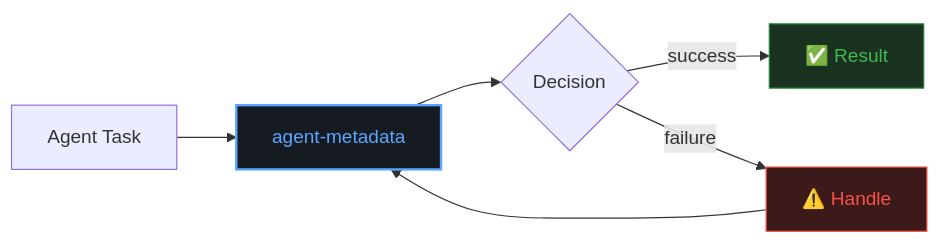
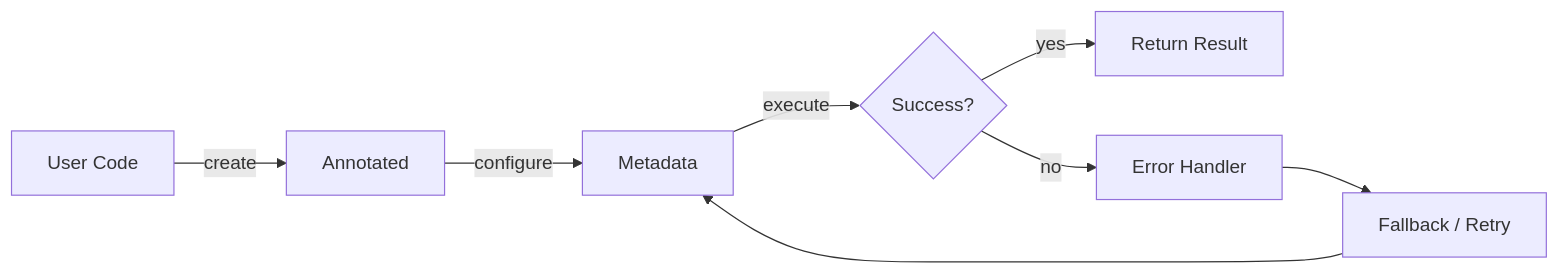
The first of 2 diagrams in README.md (darshjme/agent-metadata), drawn with Mermaid before and after one commit. The commit also changed other lines of this file and 1 other file, not shown here.

````diff
--- a/README.md
+++ b/README.md
@@ -59,12 +71,10 @@
 ```mermaid
 flowchart LR
-    A[Agent Task] --> B[agent-metadata]
-    B --> C{Decision}
-    C -->|success| D[✅ Result]
-    C -->|failure| E[⚠️ Handle]
-    E --> B
-
-    style B fill:#161b22,stroke:#58a6ff,stroke-width:2,color:#58a6ff
-    style D fill:#1a3320,stroke:#238636,color:#3fb950
-    style E fill:#3d1a1a,stroke:#f85149,color:#f85149
+    A[User Code] -->|create| B[Annotated]
+    B -->|configure| C[Metadata]
+    C -->|execute| D{Success?}
+    D -->|yes| E[Return Result]
+    D -->|no| F[Error Handler]
+    F --> G[Fallback / Retry]
+    G --> C
 ```
````
